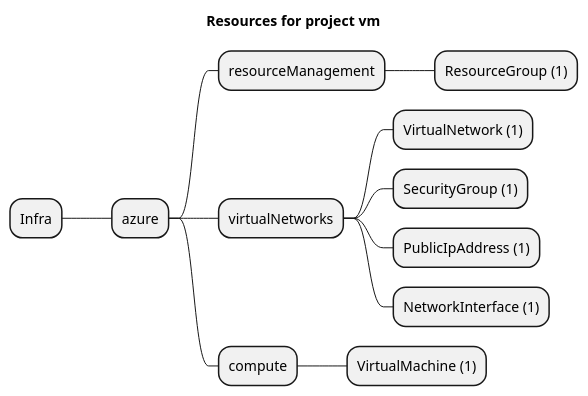
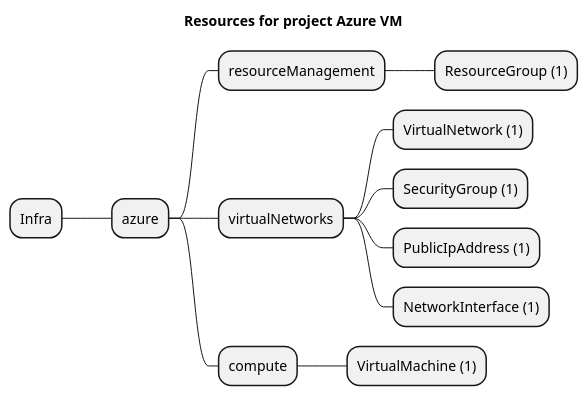
The diagram in examples/azure/vm/artifacts/resources-mindmap.puml (grucloud/grucloud), drawn with PlantUML before and after one commit. The commit also changed 22 other files, not shown here.

```diff
--- a/examples/azure/vm/artifacts/resources-mindmap.puml
+++ b/examples/azure/vm/artifacts/resources-mindmap.puml
@@ -1,15 +1,15 @@
 @startmindmap
-title Resources for project vm
+title Resources for project Azure VM
 skinparam monochrome true
 + Infra
 ++ azure
 +++ resourceManagement
 ++++ ResourceGroup (1)
 +++ virtualNetworks
 ++++ VirtualNetwork (1)
 ++++ SecurityGroup (1)
 ++++ PublicIpAddress (1)
 ++++ NetworkInterface (1)
 +++ compute
 ++++ VirtualMachine (1)
 @endmindmap
```
